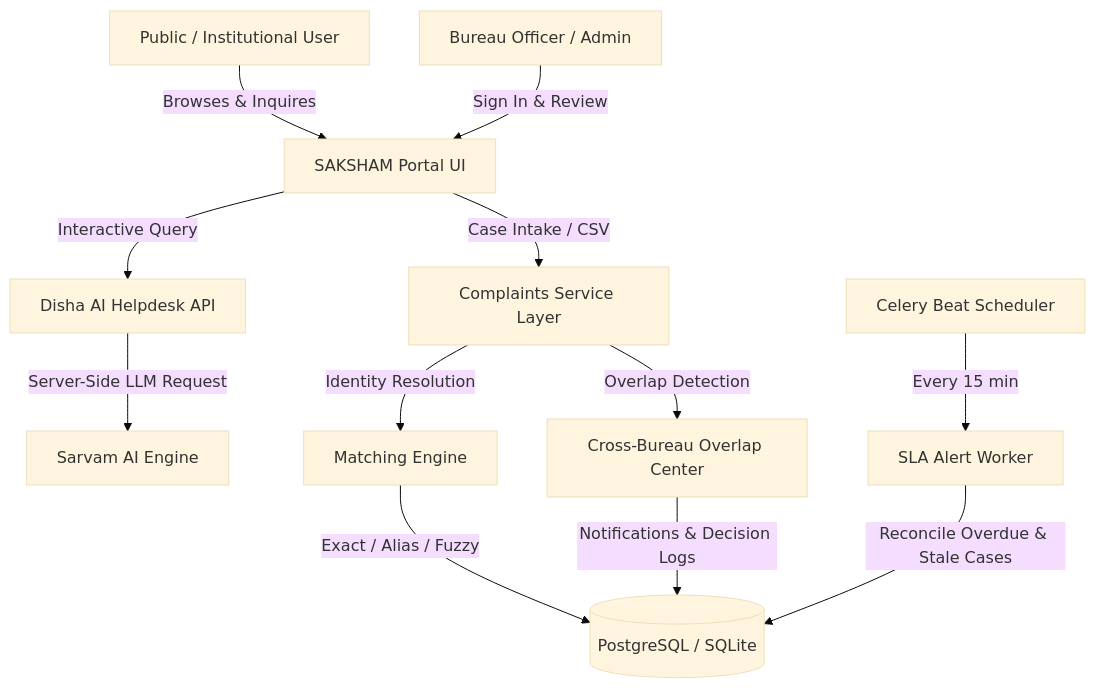
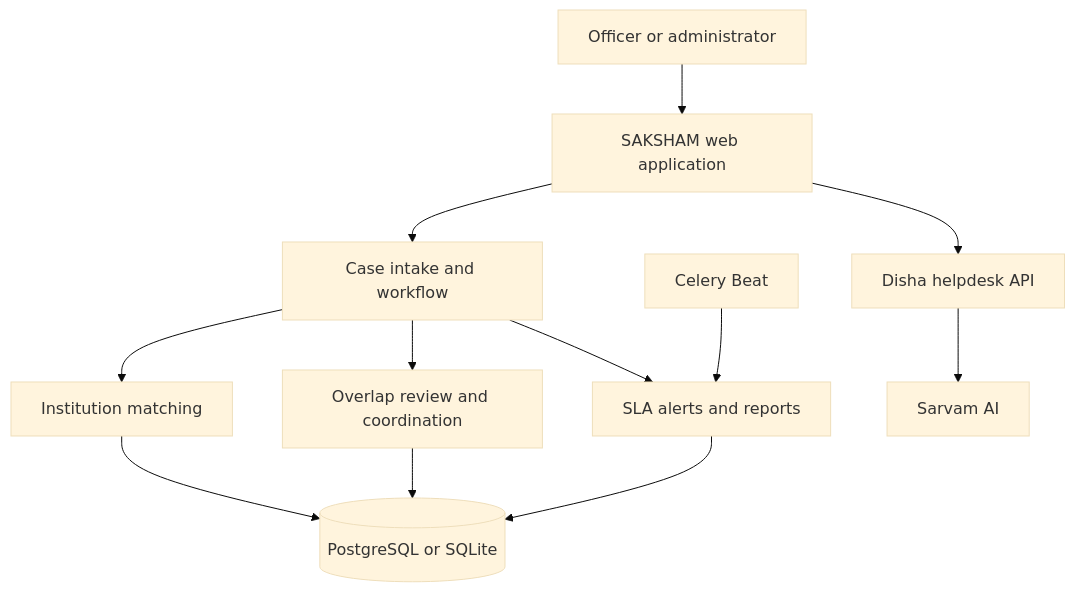
The diagram in README.md (chirag-433/revamp), drawn with Mermaid (base theme) before and after one commit. The commit also changed other lines of this file, not shown here.

````diff
--- a/README.md
+++ b/README.md
@@ -82,17 +59,14 @@
 ```mermaid
 graph TD
-    A[Public / Institutional User] -->|Browses & Inquires| B[SAKSHAM Portal UI]
-    B -->|Interactive Query| C[Disha AI Helpdesk API]
-    C -->|Server-Side LLM Request| D[Sarvam AI Engine]
-    
-    E[Bureau Officer / Admin] -->|Sign In & Review| B
-    B -->|Case Intake / CSV| F[Complaints Service Layer]
-    F -->|Identity Resolution| G[Matching Engine]
-    G -->|Exact / Alias / Fuzzy| H[(PostgreSQL / SQLite)]
-    
-    F -->|Overlap Detection| I[Cross-Bureau Overlap Center]
-    I -->|Notifications & Decision Logs| H
-    
-    J[Celery Beat Scheduler] -->|Every 15 min| K[SLA Alert Worker]
-    K -->|Reconcile Overdue & Stale Cases| H
+    U[Officer or administrator] --> UI[SAKSHAM web application]
+    UI --> CASES[Case intake and workflow]
+    CASES --> MATCH[Institution matching]
+    CASES --> OVERLAP[Overlap review and coordination]
+    CASES --> SLA[SLA alerts and reports]
+    MATCH --> DB[(PostgreSQL or SQLite)]
+    OVERLAP --> DB
+    SLA --> DB
+    UI --> AI[Disha helpdesk API]
+    AI --> SARVAM[Sarvam AI]
+    CELERY[Celery Beat] --> SLA
 ```
````
